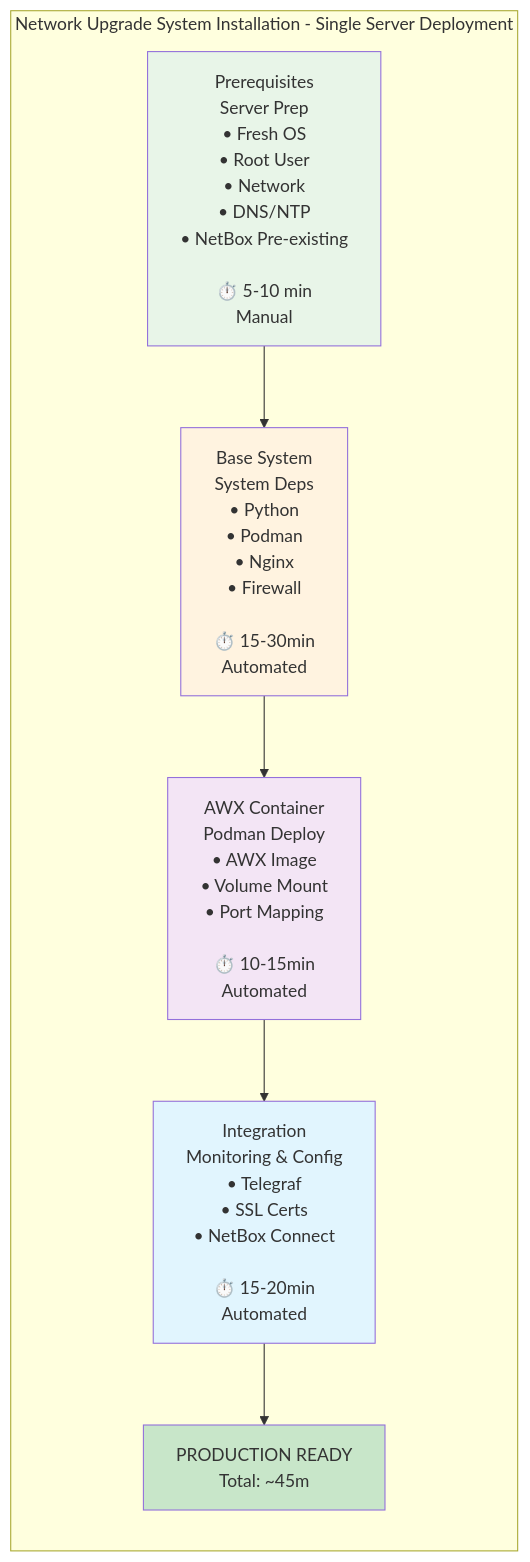
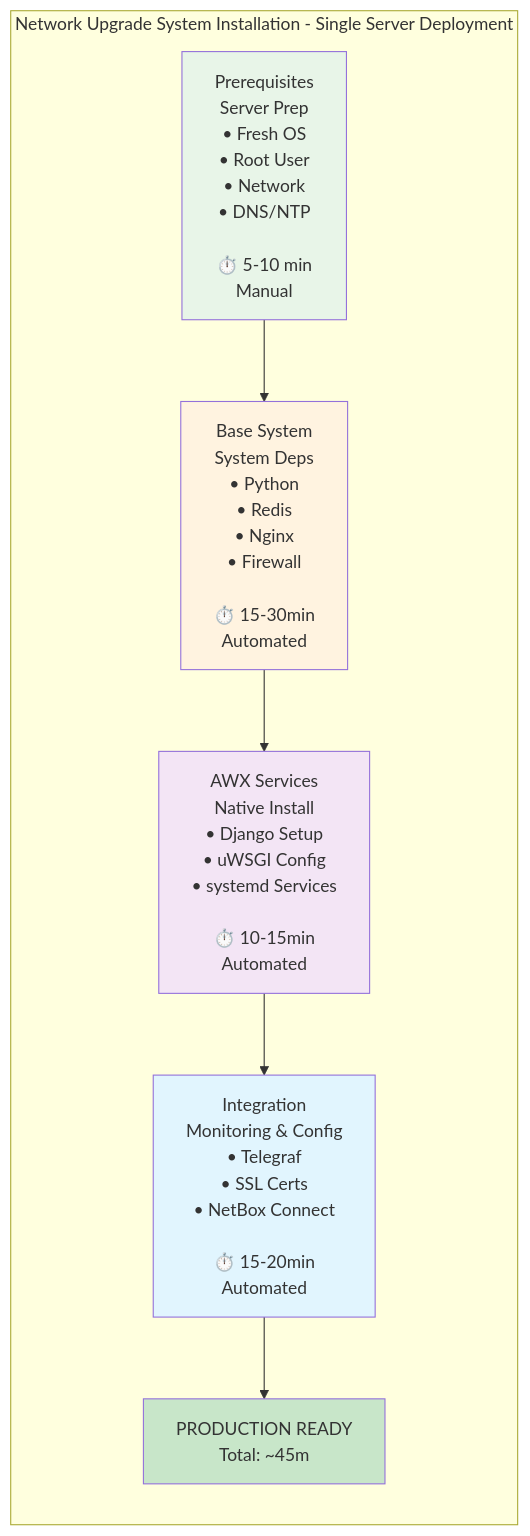
The diagram in docs/installation-guide.md (garryshtern/network-device-upgrade-system), drawn with Mermaid before and after one commit. The commit also changed other lines of this file and 5 other files, not shown here.

````diff
--- a/docs/installation-guide.md
+++ b/docs/installation-guide.md
@@ -41,18 +41,18 @@
 ```mermaid
 graph LR
     subgraph "Network Upgrade System Installation - Single Server Deployment"
-        A[Prerequisites<br/>Server Prep<br/>• Fresh OS<br/>• Root User<br/>• Network<br/>• DNS/NTP<br/>• NetBox Pre-existing<br/><br/>⏱️ 5-10 min<br/>Manual] --> B[Base System<br/>System Deps<br/>• Python<br/>• Podman<br/>• Nginx<br/>• Firewall<br/><br/>⏱️ 15-30min<br/>Automated]
+        A[Prerequisites<br/>Server Prep<br/>• Fresh OS<br/>• Root User<br/>• Network<br/>• DNS/NTP<br/><br/>⏱️ 5-10 min<br/>Manual] --> B[Base System<br/>System Deps<br/>• Python<br/>• Redis<br/>• Nginx<br/>• Firewall<br/><br/>⏱️ 15-30min<br/>Automated]
         
-        B --> C[AWX Container<br/>Podman Deploy<br/>• AWX Image<br/>• Volume Mount<br/>• Port Mapping<br/><br/>⏱️ 10-15min<br/>Automated]
+        B --> C[AWX Services<br/>Native Install<br/>• Django Setup<br/>• uWSGI Config<br/>• systemd Services<br/><br/>⏱️ 10-15min<br/>Automated]
         
         C --> D[Integration<br/>Monitoring & Config<br/>• Telegraf<br/>• SSL Certs<br/>• NetBox Connect<br/><br/>⏱️ 15-20min<br/>Automated]
         
         D --> E[PRODUCTION READY<br/>Total: ~45m]
     end
     
     style A fill:#e8f5e8
     style B fill:#fff3e0
     style C fill:#f3e5f5
     style D fill:#e1f5fe
     style E fill:#c8e6c9
 ```
````
